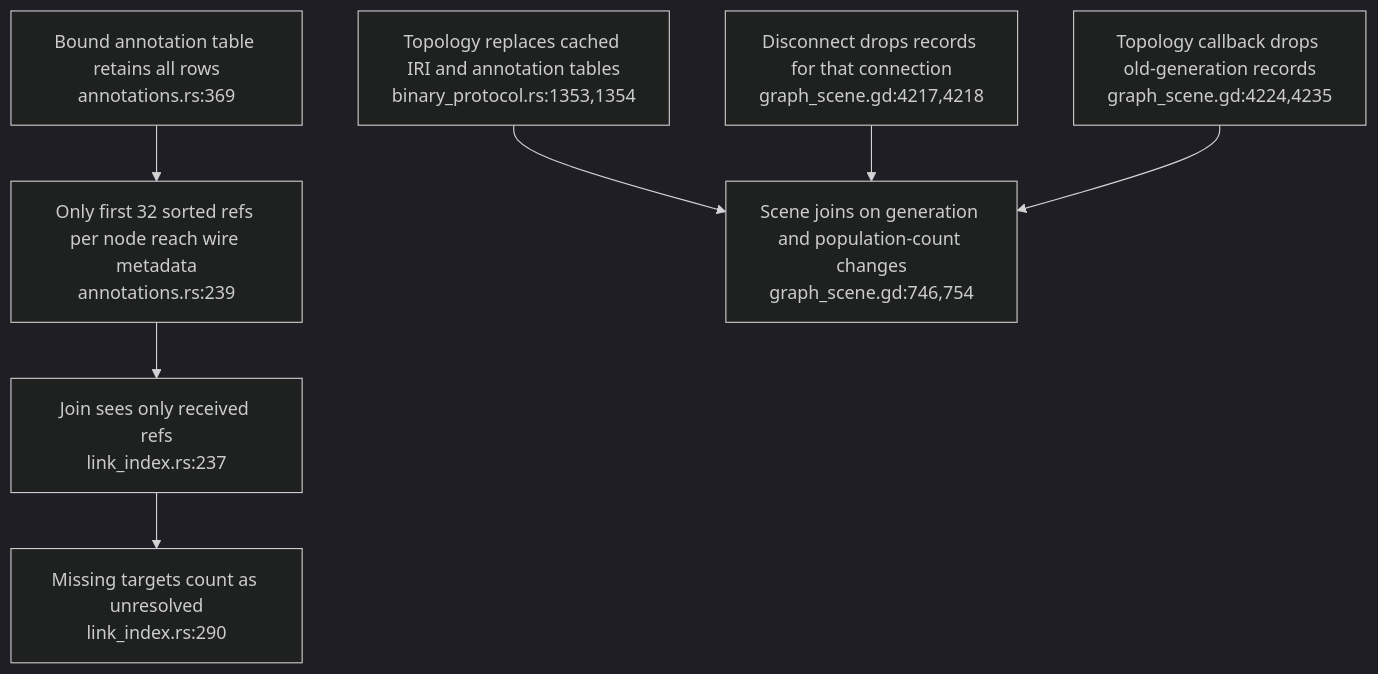
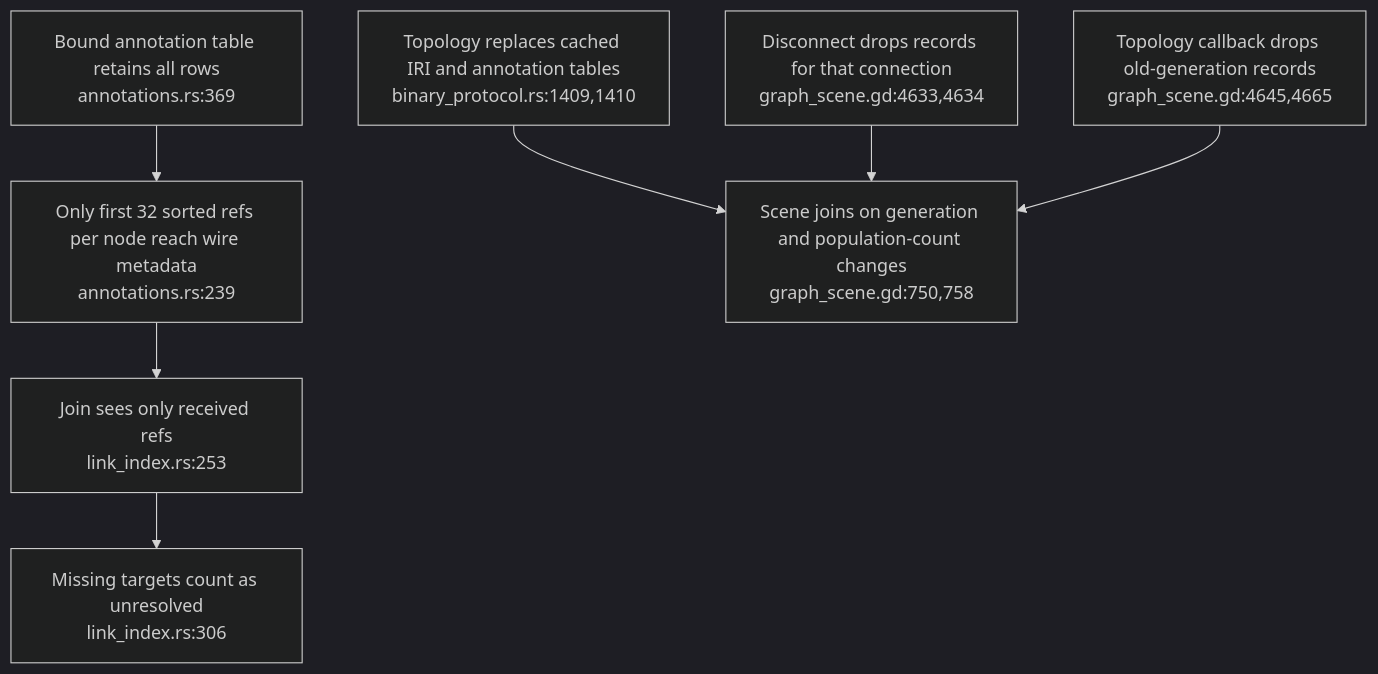
Before and after one commit to DreamLab-AI/VisionFlow: the third of 3 diagrams in docs/diagrams/visionclaw/45-code-to-concept-link-evidence.md, drawn with Mermaid (dark theme). The commit also changed other lines of this file and 56 other files, not shown here.

First line of the commit message:
docs(diagrams): re-verify VisionClaw topics at ec785afa9, add VC-19/56/57 and the VisionClaw register

````diff
--- a/docs/diagrams/visionclaw/45-code-to-concept-link-evidence.md
+++ b/docs/diagrams/visionclaw/45-code-to-concept-link-evidence.md
@@ -60,9 +65,9 @@
 ```mermaid
 flowchart TD
     ALL["Bound annotation table retains all rows<br/>annotations.rs:369"] --> CUT["Only first 32 sorted refs per node reach wire metadata<br/>annotations.rs:239"]
-    CUT --> JOIN["Join sees only received refs<br/>link_index.rs:237"]
-    JOIN --> COUNT["Missing targets count as unresolved<br/>link_index.rs:290"]
-    TOPO["Topology replaces cached IRI and annotation tables<br/>binary_protocol.rs:1353,1354"] --> REBUILD["Scene joins on generation and population-count changes<br/>graph_scene.gd:746,754"]
-    DISC["Disconnect drops records for that connection<br/>graph_scene.gd:4217,4218"] --> REBUILD
-    NEW["Topology callback drops old-generation records<br/>graph_scene.gd:4224,4235"] --> REBUILD
+    CUT --> JOIN["Join sees only received refs<br/>link_index.rs:253"]
+    JOIN --> COUNT["Missing targets count as unresolved<br/>link_index.rs:306"]
+    TOPO["Topology replaces cached IRI and annotation tables<br/>binary_protocol.rs:1409,1410"] --> REBUILD["Scene joins on generation and population-count changes<br/>graph_scene.gd:750,758"]
+    DISC["Disconnect drops records for that connection<br/>graph_scene.gd:4633,4634"] --> REBUILD
+    NEW["Topology callback drops old-generation records<br/>graph_scene.gd:4645,4665"] --> REBUILD
 ```
````
